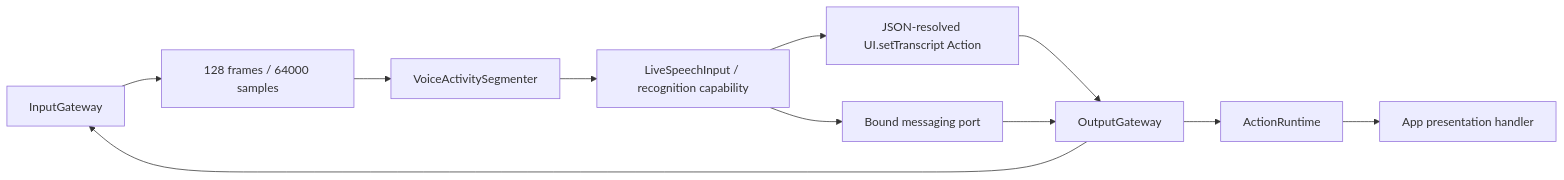
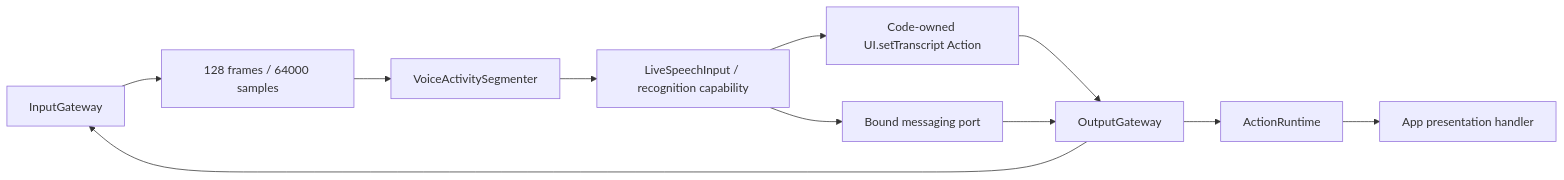
One commit to devilyouwei/MobileHarness changed the first of 2 diagrams in MobileHarness/Agents/SpeechPerception/README.md. Above: the diagram before and after it, drawn with Mermaid. The commit also changed other lines of this file and 97 other files, not shown here.

````diff
--- a/MobileHarness/Agents/SpeechPerception/README.md
+++ b/MobileHarness/Agents/SpeechPerception/README.md
@@ -5,12 +5,12 @@
 ```mermaid
 flowchart LR
     InputGateway --> Inbox[128 frames / 64000 samples]
     Inbox --> VAD[VoiceActivitySegmenter]
     VAD --> ASR[LiveSpeechInput / recognition capability]
-    ASR --> Caption[JSON-resolved UI.setTranscript Action]
+    ASR --> Caption[Code-owned UI.setTranscript Action]
     Caption --> OutputGateway
     OutputGateway --> ActionRuntime --> UI[App presentation handler]
     ASR --> Port[Bound messaging port]
     Port --> OutputGateway
     OutputGateway --> InputGateway
 ```
````
